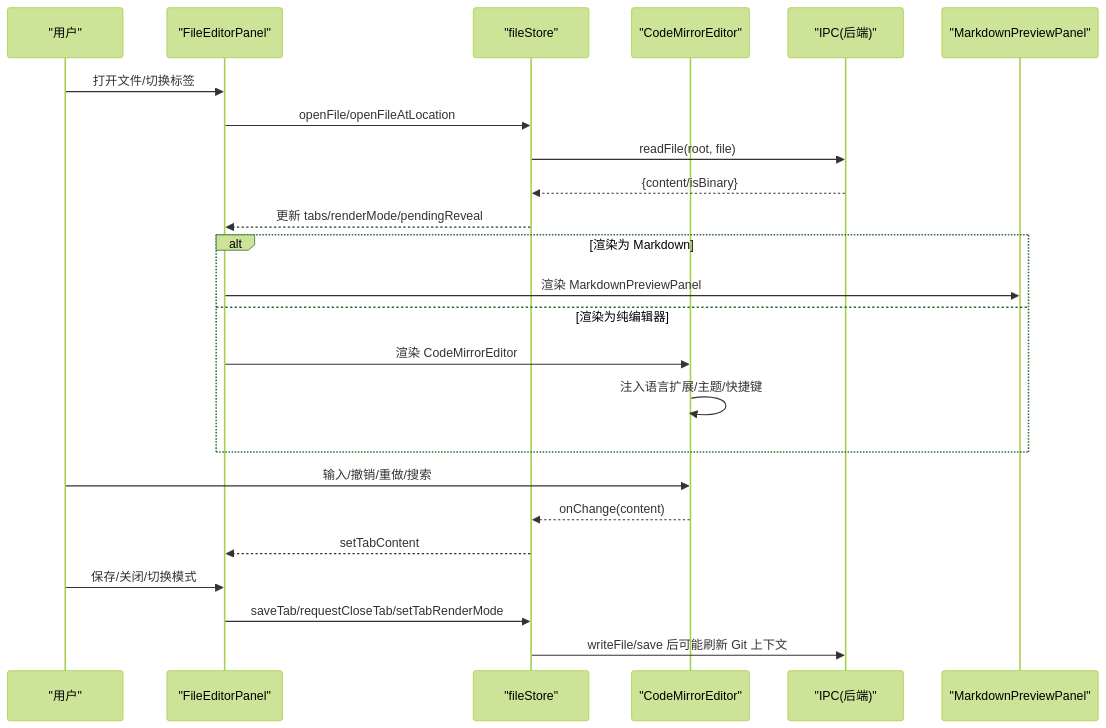
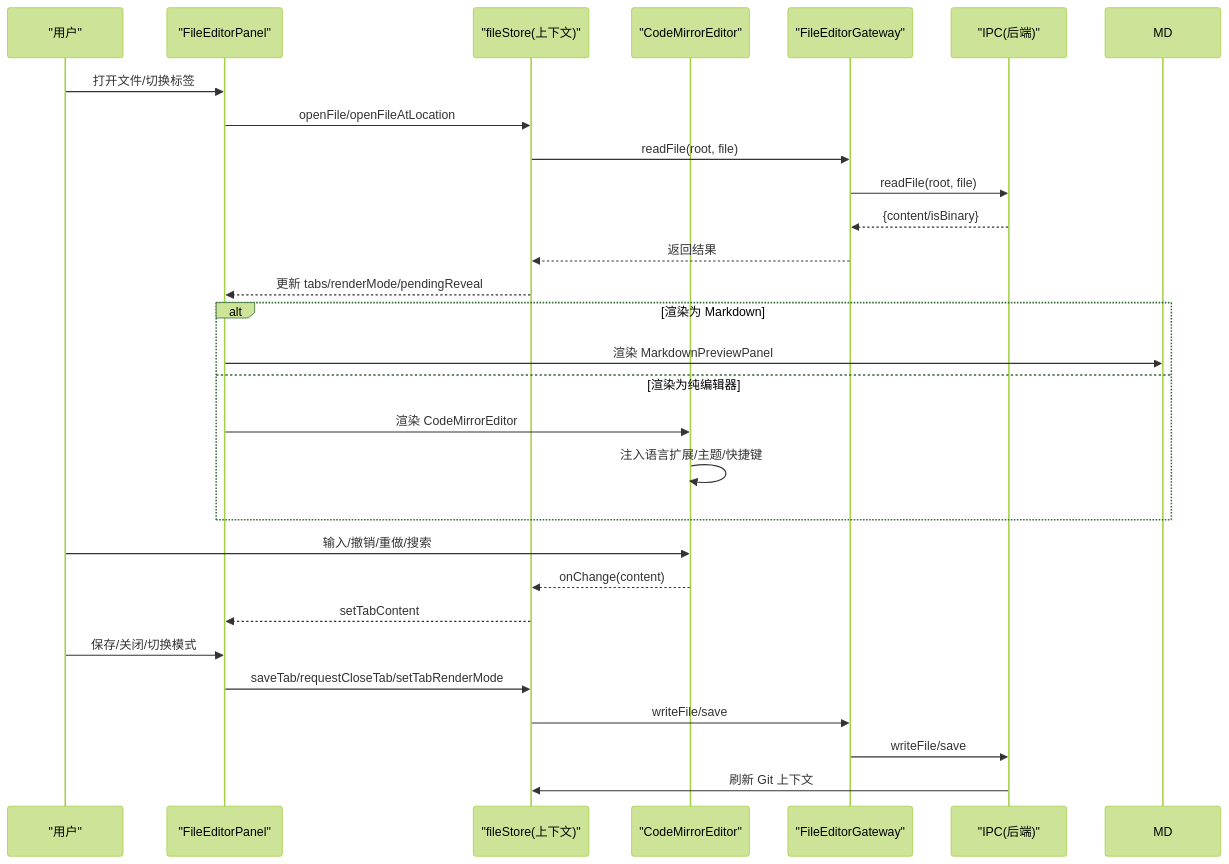
One commit to yattin/panes changed the second of 9 diagrams in .qoder/repowiki/zh/content/核心功能/代码编辑器/代码编辑器.md. Above: the diagram before and after it, drawn with Mermaid (forest theme). The commit also changed other lines of this file and 45 other files, not shown here.

````diff
--- a/.qoder/repowiki/zh/content/核心功能/代码编辑器/代码编辑器.md
+++ b/.qoder/repowiki/zh/content/核心功能/代码编辑器/代码编辑器.md
@@ -118,26 +156,30 @@
 ```mermaid
 sequenceDiagram
 participant U as "用户"
 participant FE as "FileEditorPanel"
-participant FS as "fileStore"
+participant FS as "fileStore(上下文)"
 participant CM as "CodeMirrorEditor"
+participant GW as "FileEditorGateway"
 participant IPC as "IPC(后端)"
-participant MD as "MarkdownPreviewPanel"
 U->>FE : 打开文件/切换标签
 FE->>FS : openFile/openFileAtLocation
-FS->>IPC : readFile(root, file)
-IPC-->>FS : {content/isBinary}
+FS->>GW : readFile(root, file)
+GW->>IPC : readFile(root, file)
+IPC-->>GW : {content/isBinary}
+GW-->>FS : 返回结果
 FS-->>FE : 更新 tabs/renderMode/pendingReveal
 alt 渲染为 Markdown
 FE->>MD : 渲染 MarkdownPreviewPanel
 else 渲染为纯编辑器
 FE->>CM : 渲染 CodeMirrorEditor
 CM->>CM : 注入语言扩展/主题/快捷键
 end
 U->>CM : 输入/撤销/重做/搜索
 CM-->>FS : onChange(content)
 FS-->>FE : setTabContent
 U->>FE : 保存/关闭/切换模式
 FE->>FS : saveTab/requestCloseTab/setTabRenderMode
-FS->>IPC : writeFile/save 后可能刷新 Git 上下文
+FS->>GW : writeFile/save
+GW->>IPC : writeFile/save
+IPC->>FS : 刷新 Git 上下文
 ```
````
